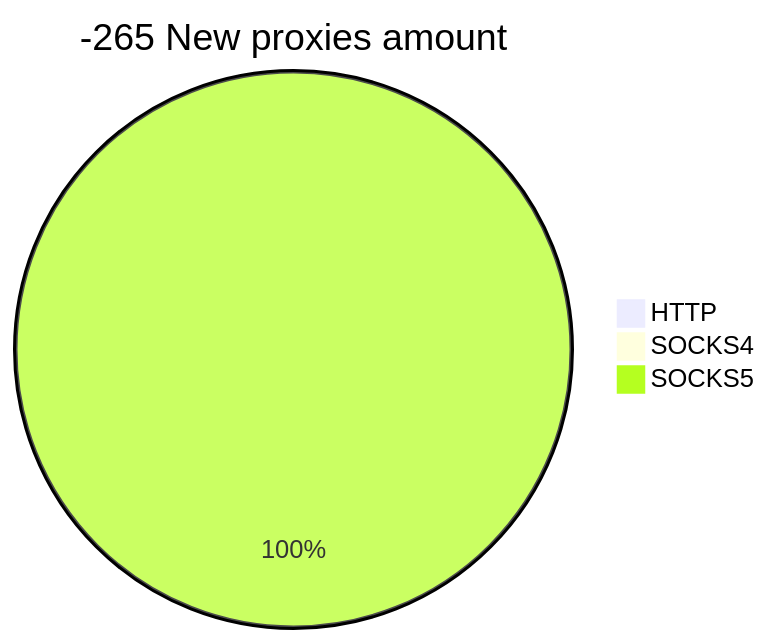
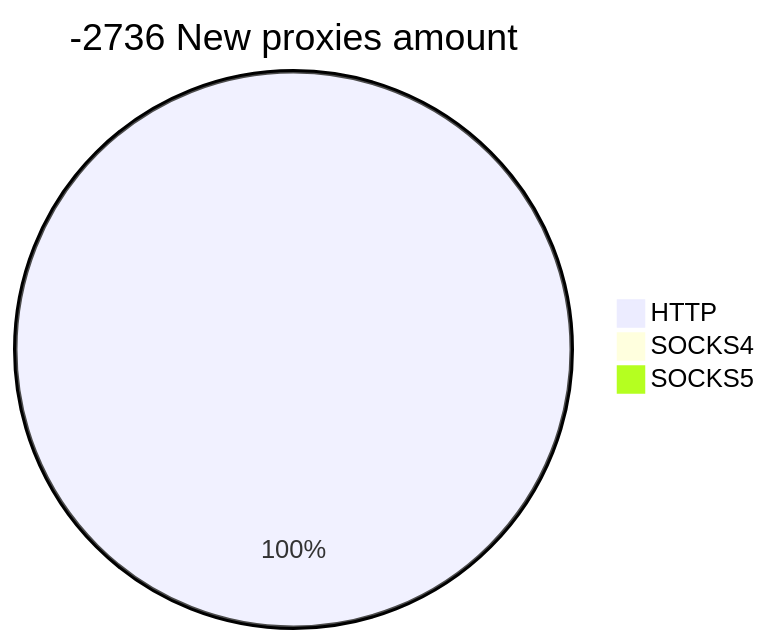
Before and after one commit to cutipu/proxylist: the second of 2 diagrams in README.md, drawn with Mermaid. The commit also changed other lines of this file, not shown here.

````diff
--- a/README.md
+++ b/README.md
@@ -10,6 +10,6 @@
 ```mermaid
-pie title -265 New proxies amount
-    "HTTP" : 0
+pie title -2736 New proxies amount
+    "HTTP" : 66
     "SOCKS4" : 0
-    "SOCKS5" : 29
+    "SOCKS5" : 0
 ```
````
